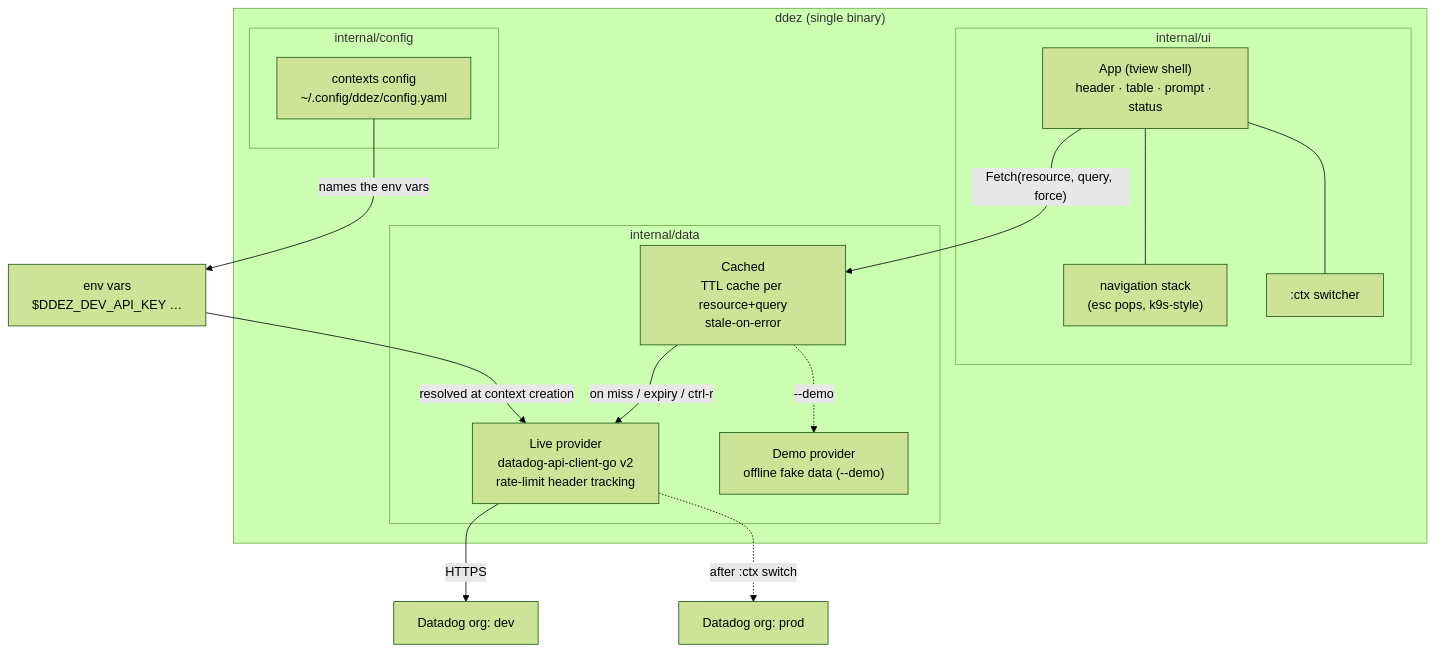
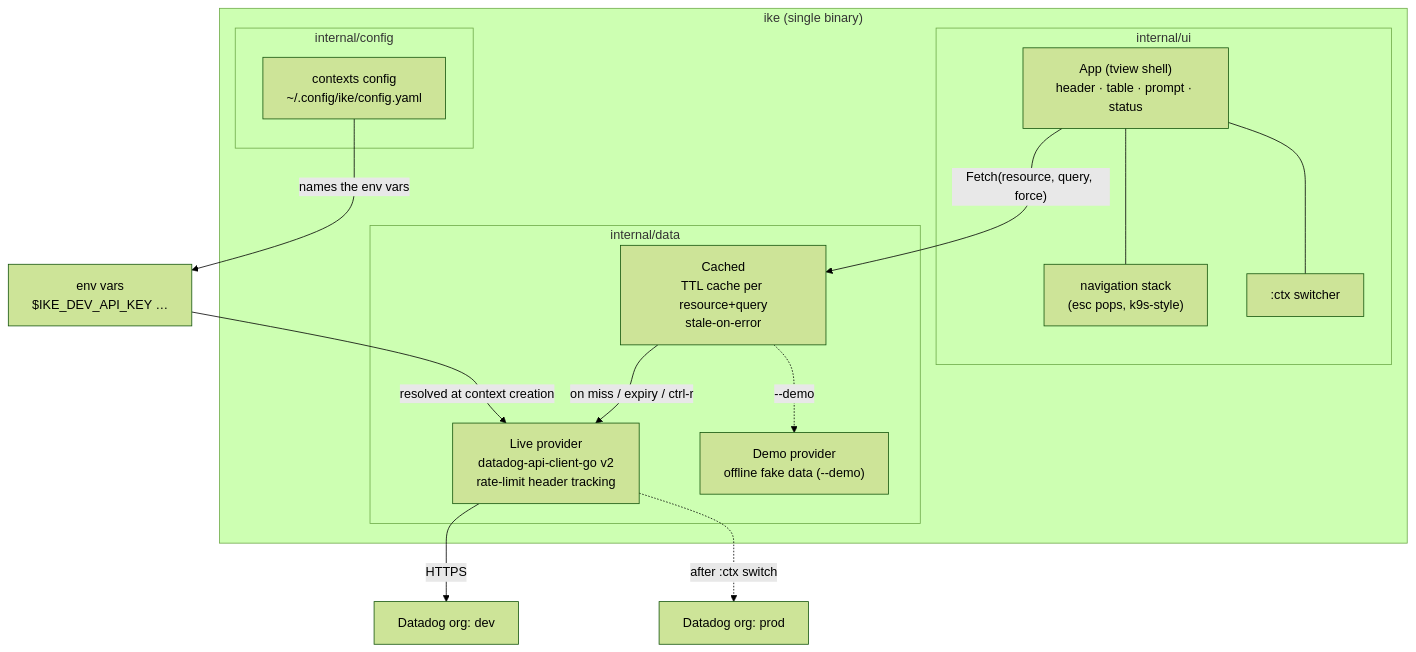
Before and after one commit to Cesarsk/ike: the first of 4 diagrams in docs/ARCHITECTURE.md, drawn with Mermaid (forest theme). The commit also changed other lines of this file and 24 other files, not shown here.

````diff
--- a/docs/ARCHITECTURE.md
+++ b/docs/ARCHITECTURE.md
@@ -11,31 +11,31 @@
 ```mermaid
 flowchart TB
-    subgraph terminal["ddez (single binary)"]
+    subgraph terminal["ike (single binary)"]
         subgraph uiL["internal/ui"]
             APP["App (tview shell)<br/>header · table · prompt · status"]
             NAV["navigation stack<br/>(esc pops, k9s-style)"]
             CTX[":ctx switcher"]
             APP --- NAV
             APP --- CTX
         end
         subgraph dataL["internal/data"]
             CACHE["Cached<br/>TTL cache per resource+query<br/>stale-on-error"]
             LIVE["Live provider<br/>datadog-api-client-go v2<br/>rate-limit header tracking"]
             DEMO["Demo provider<br/>offline fake data (--demo)"]
         end
         subgraph cfgL["internal/config"]
-            CFG["contexts config<br/>~/.config/ddez/config.yaml"]
+            CFG["contexts config<br/>~/.config/ike/config.yaml"]
         end
     end
-    ENV["env vars<br/>$DDEZ_DEV_API_KEY …"]
+    ENV["env vars<br/>$IKE_DEV_API_KEY …"]
     DD1["Datadog org: dev"]
     DD2["Datadog org: prod"]
 
     APP -->|"Fetch(resource, query, force)"| CACHE
     CACHE -->|"on miss / expiry / ctrl-r"| LIVE
     CACHE -.->|"--demo"| DEMO
     CFG -->|"names the env vars"| ENV
     ENV -->|"resolved at context creation"| LIVE
     LIVE -->|HTTPS| DD1
     LIVE -.->|"after :ctx switch"| DD2
 ```
````
